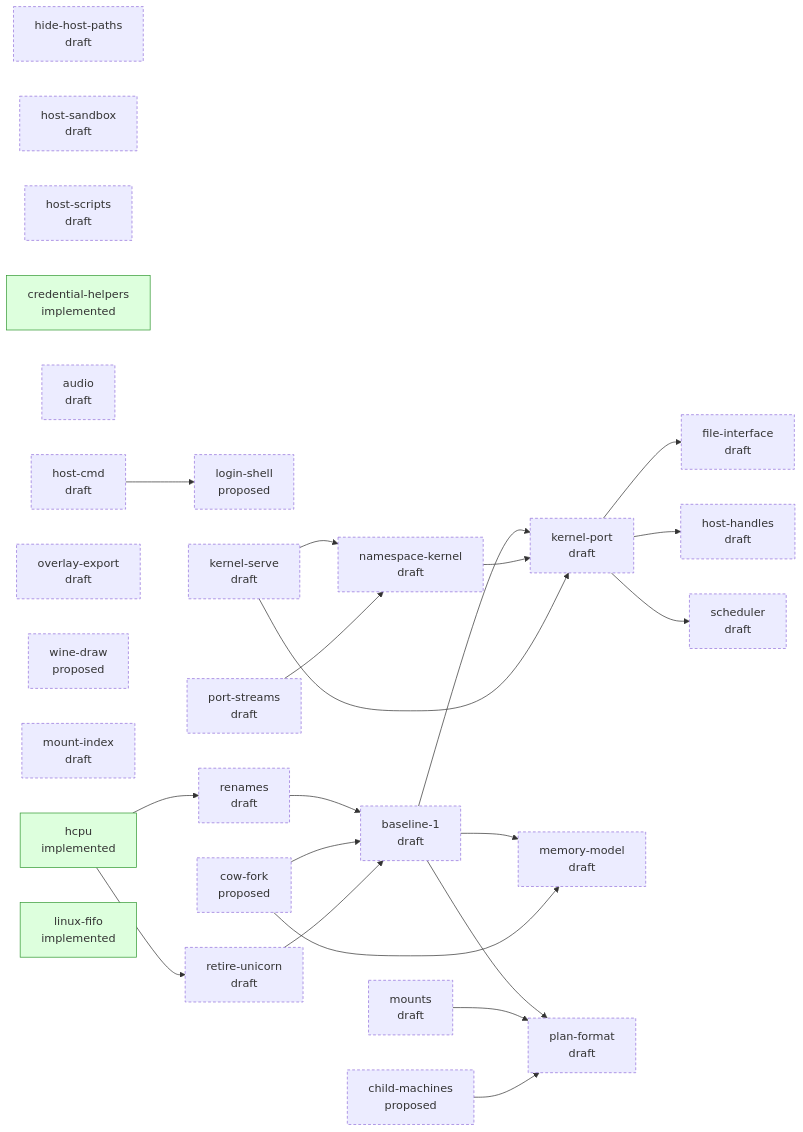
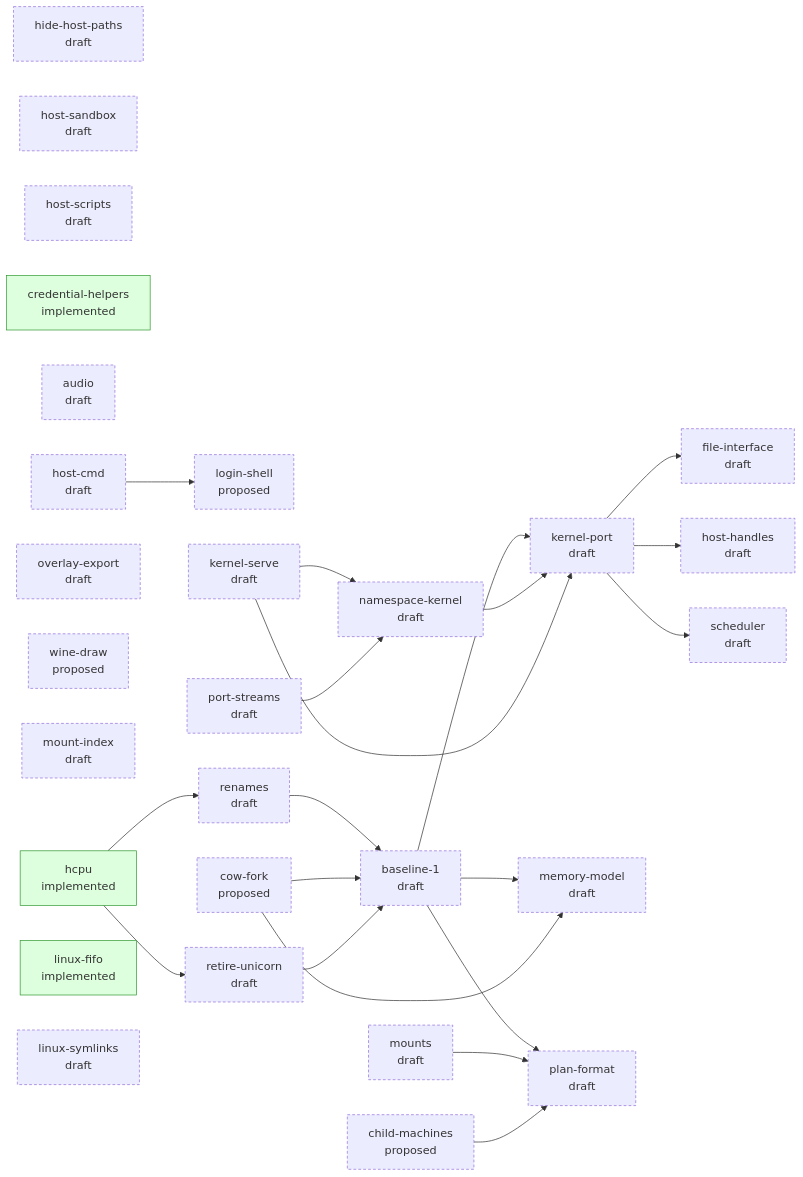
Before and after one commit to progrium/hyper9: the diagram in design/STATUS.md, drawn with Mermaid. The commit also changed other lines of this file, not shown here.

Commit message:
design: regenerate STATUS.md

````diff
--- a/design/STATUS.md
+++ b/design/STATUS.md
@@ -37,53 +38,54 @@
 ```mermaid
 flowchart LR
   classDef draft stroke-dasharray: 4 3
   classDef accepted stroke-width: 2px
   classDef implemented fill:#dfd,stroke:#393
   classDef closed fill:#eee,stroke:#999,color:#777
   p_hide_host_paths["hide-host-paths<br/>draft"]:::draft
   p_host_sandbox["host-sandbox<br/>draft"]:::draft
   p_host_scripts["host-scripts<br/>draft"]:::draft
   p_credential_helpers["credential-helpers<br/>implemented"]:::implemented
   p_audio["audio<br/>draft"]:::draft
   p_host_cmd["host-cmd<br/>draft"]:::draft
   p_overlay_export["overlay-export<br/>draft"]:::draft
   p_login_shell["login-shell<br/>proposed"]:::draft
   p_child_machines["child-machines<br/>proposed"]:::draft
   p_cow_fork["cow-fork<br/>proposed"]:::draft
   p_wine_draw["wine-draw<br/>proposed"]:::draft
   p_mount_index["mount-index<br/>draft"]:::draft
   p_hcpu["hcpu<br/>implemented"]:::implemented
   p_kernel_serve["kernel-serve<br/>draft"]:::draft
   p_namespace_kernel["namespace-kernel<br/>draft"]:::draft
   p_port_streams["port-streams<br/>draft"]:::draft
   p_linux_fifo["linux-fifo<br/>implemented"]:::implemented
   p_mounts["mounts<br/>draft"]:::draft
   p_baseline_1["baseline-1<br/>draft"]:::draft
   p_file_interface["file-interface<br/>draft"]:::draft
   p_host_handles["host-handles<br/>draft"]:::draft
   p_kernel_port["kernel-port<br/>draft"]:::draft
+  p_linux_symlinks["linux-symlinks<br/>draft"]:::draft
   p_memory_model["memory-model<br/>draft"]:::draft
   p_plan_format["plan-format<br/>draft"]:::draft
   p_renames["renames<br/>draft"]:::draft
   p_retire_unicorn["retire-unicorn<br/>draft"]:::draft
   p_scheduler["scheduler<br/>draft"]:::draft
   p_host_cmd --> p_login_shell
   p_kernel_serve --> p_namespace_kernel
   p_port_streams --> p_namespace_kernel
   p_renames --> p_baseline_1
   p_cow_fork --> p_baseline_1
   p_retire_unicorn --> p_baseline_1
   p_kernel_port --> p_file_interface
   p_kernel_port --> p_host_handles
   p_baseline_1 --> p_kernel_port
   p_namespace_kernel --> p_kernel_port
   p_kernel_serve --> p_kernel_port
   p_baseline_1 --> p_memory_model
   p_cow_fork --> p_memory_model
   p_baseline_1 --> p_plan_format
   p_mounts --> p_plan_format
   p_child_machines --> p_plan_format
   p_hcpu --> p_renames
   p_hcpu --> p_retire_unicorn
   p_kernel_port --> p_scheduler
 ```
````
